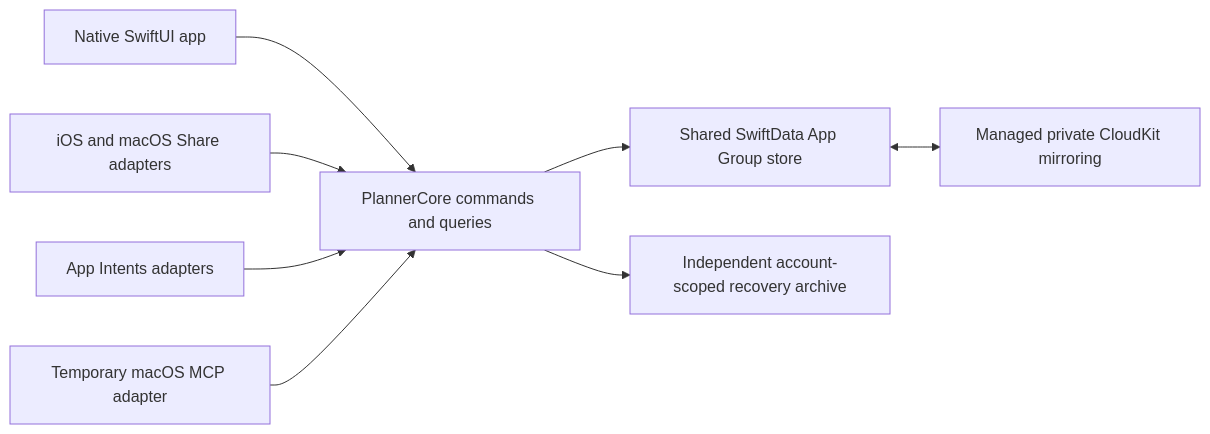
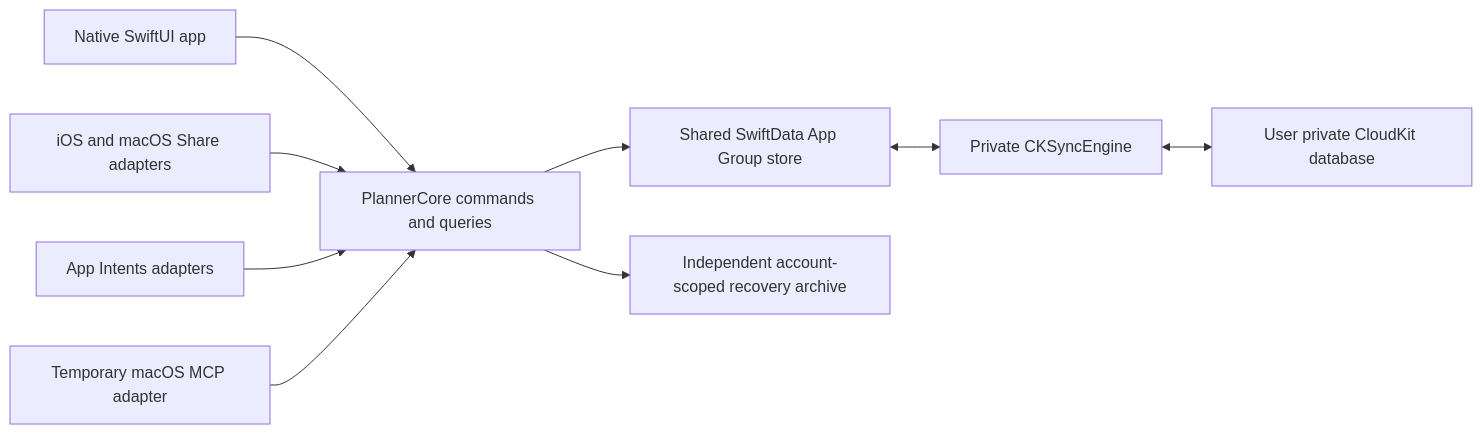
Before and after one commit to dvcol/planner: the diagram in docs/core-architecture.md, drawn with Mermaid. The commit also changed other lines of this file and 7 other files, not shown here.

Commit message:
feat(sync): bind private local stores to verified accounts

````diff
--- a/docs/core-architecture.md
+++ b/docs/core-architecture.md
@@ -108,10 +116,11 @@
 ```mermaid
 flowchart LR
   App[Native SwiftUI app] --> Core[PlannerCore commands and queries]
   Share[iOS and macOS Share adapters] --> Core
   Intents[App Intents adapters] --> Core
   MCP[Temporary macOS MCP adapter] --> Core
   Core --> Store[Shared SwiftData App Group store]
   Core --> Recovery[Independent account-scoped recovery archive]
-  Store <--> Cloud[Managed private CloudKit mirroring]
+  Store <--> Sync[Private CKSyncEngine]
+  Sync <--> Cloud[User private CloudKit database]
 ```
````
